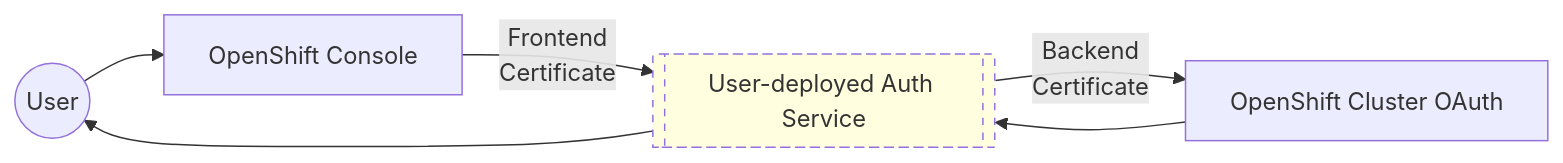
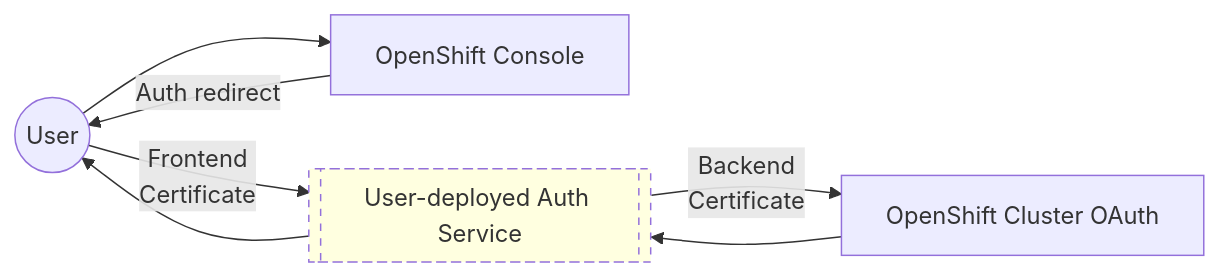
One commit to kincl/openshift-client-certificate-auth changed the third of 3 diagrams in README.md. Above: the diagram before and after it, drawn with Mermaid. The commit also changed other lines of this file, not shown here.

Commit message:
adding clarity to diagram doc

````diff
--- a/README.md
+++ b/README.md
@@ -45,13 +48,14 @@
 ```mermaid
 flowchart LR
   user((User))
   console[OpenShift Console]
   oauth[OpenShift Cluster OAuth]
   service[[User-deployed Auth Service]] 
   style service fill:lightyellow,stroke-dasharray: 5 5
   user-->console
-  console-- Frontend\nCertificate -->service
+  console-- Auth redirect -->user
+  user-- Frontend\nCertificate -->service
   service-- Backend\nCertificate -->oauth
   oauth-->service
   service-->user
 ```
````
